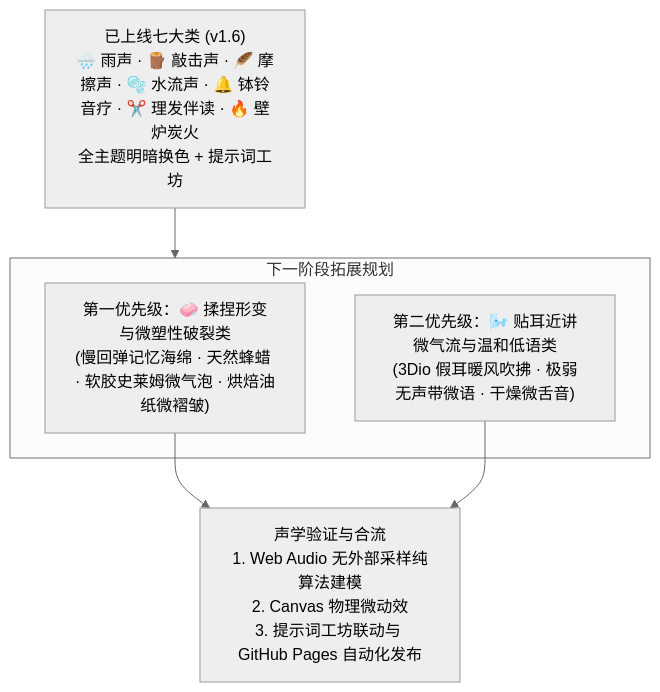
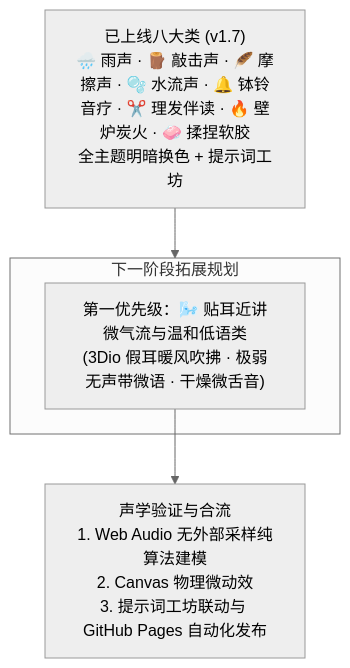
Before and after one commit to single5240/single5240.github.io: the diagram in docs/ai-asmr-expansion-plan.md, drawn with Mermaid (neutral theme). The commit also changed other lines of this file and 2 other files, not shown here.

Commit message:
feat(asmr): 新增触觉揉捏、微塑性形变与软胶大类及双耳粘弹性合成器

````diff
--- a/docs/ai-asmr-expansion-plan.md
+++ b/docs/ai-asmr-expansion-plan.md
@@ -116,12 +117,10 @@
 ```mermaid
 flowchart TD
-    Current["已上线七大类 (v1.6)<br>🌧️ 雨声 · 🪵 敲击声 · 🪶 摩擦声 · 🫧 水流声 · 🔔 钵铃音疗 · ✂️ 理发伴读 · 🔥 壁炉炭火<br>全主题明暗换色 + 提示词工坊"] --> NextPhase
+    Current["已上线八大类 (v1.7)<br>🌧️ 雨声 · 🪵 敲击声 · 🪶 摩擦声 · 🫧 水流声 · 🔔 钵铃音疗 · ✂️ 理发伴读 · 🔥 壁炉炭火 · 🧼 揉捏软胶<br>全主题明暗换色 + 提示词工坊"] --> NextPhase
     
     subgraph NextPhase["下一阶段拓展规划"]
-        P1["第一优先级：🧼 揉捏形变与微塑性破裂类<br>(慢回弹记忆海绵 · 天然蜂蜡 · 软胶史莱姆微气泡 · 烘焙油纸微褶皱)"]
-        P2["第二优先级：🌬️ 贴耳近讲微气流与温和低语类<br>(3Dio 假耳暖风吹拂 · 极弱无声带微语 · 干燥微舌音)"]
+        P1["第一优先级：🌬️ 贴耳近讲微气流与温和低语类<br>(3Dio 假耳暖风吹拂 · 极弱无声带微语 · 干燥微舌音)"]
     end
     
     P1 --> Verification["声学验证与合流<br>1. Web Audio 无外部采样纯算法建模<br>2. Canvas 物理微动效<br>3. 提示词工坊联动与 GitHub Pages 自动化发布"]
-    P2 --> Verification
 ```
````
